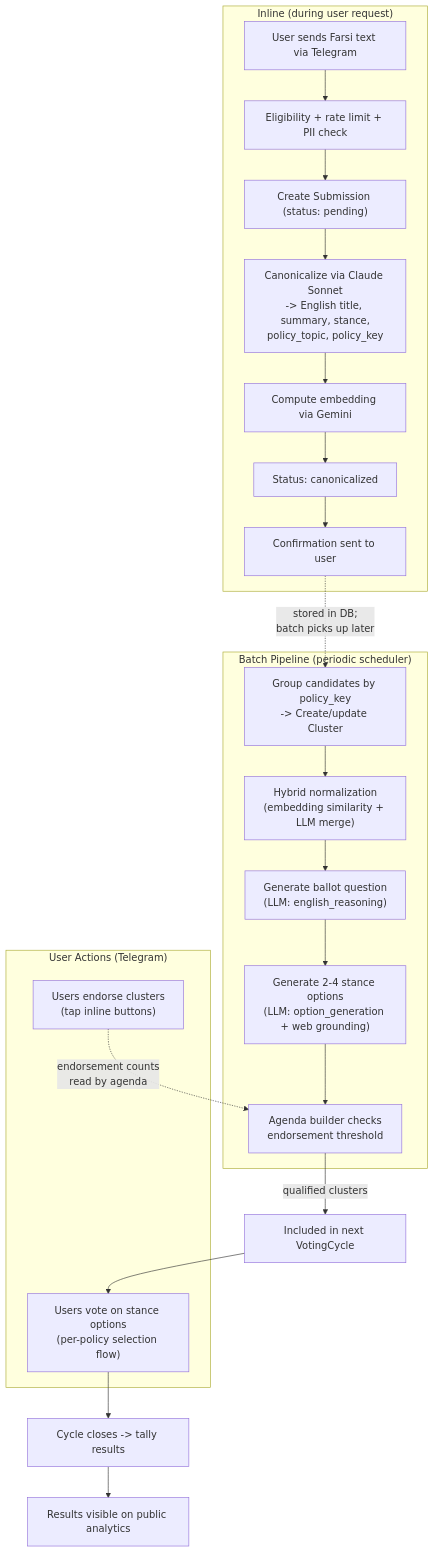
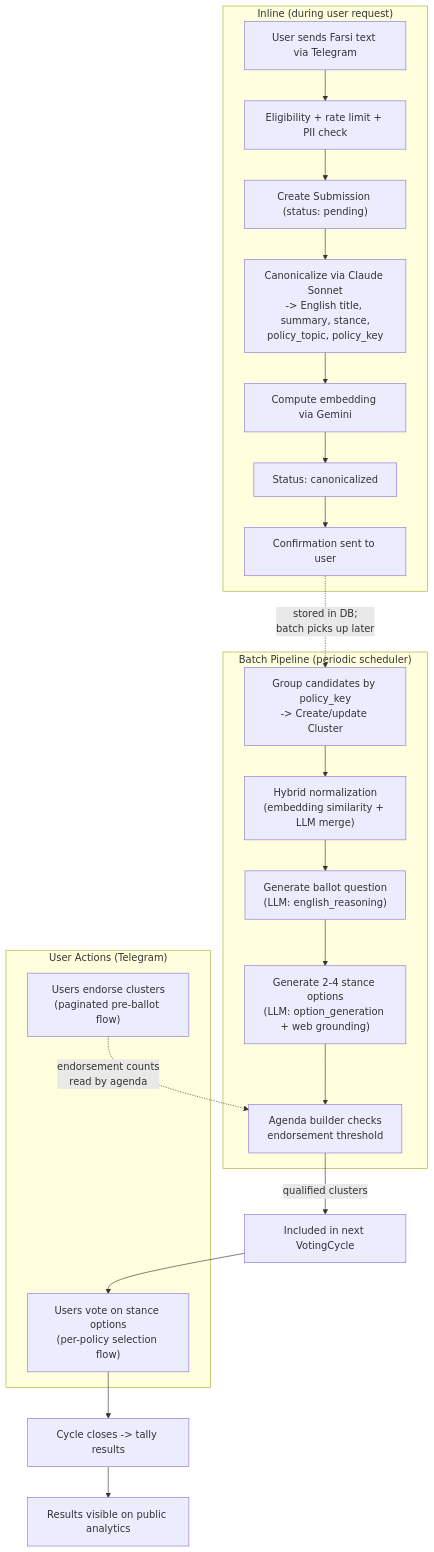
One commit to civil-whisper/collective-will changed the tenth of 11 diagrams in docs/architecture-flow.md. Above: the diagram before and after it, drawn with Mermaid. The commit also changed other lines of this file and 21 other files, not shown here.

First line of the commit message:
Wire Telegram endorsement flow, skip already-endorsed clusters

````diff
--- a/docs/architecture-flow.md
+++ b/docs/architecture-flow.md
@@ -645,34 +648,34 @@
 ```mermaid
 flowchart TD
     subgraph inline ["Inline (during user request)"]
         A["User sends Farsi text via Telegram"]
         B["Eligibility + rate limit + PII check"]
         C["Create Submission (status: pending)"]
         D["Canonicalize via Claude Sonnet\n-> English title, summary, stance,\npolicy_topic, policy_key"]
         E["Compute embedding via Gemini"]
         F["Status: canonicalized"]
         G["Confirmation sent to user"]
         A --> B --> C --> D --> E --> F --> G
     end
 
     subgraph batch ["Batch Pipeline (periodic scheduler)"]
         H["Group candidates by policy_key\n-> Create/update Cluster"]
         I["Hybrid normalization\n(embedding similarity + LLM merge)"]
         J["Generate ballot question\n(LLM: english_reasoning)"]
         K["Generate 2-4 stance options\n(LLM: option_generation + web grounding)"]
         L["Agenda builder checks\nendorsement threshold"]
         H --> I --> J --> K --> L
     end
 
     subgraph userActions ["User Actions (Telegram)"]
-        M["Users endorse clusters\n(tap inline buttons)"]
+        M["Users endorse clusters\n(paginated pre-ballot flow)"]
         R["Users vote on stance options\n(per-policy selection flow)"]
     end
 
     G -.->|"stored in DB;\nbatch picks up later"| H
     M -.->|"endorsement counts\nread by agenda"| L
     L -->|"qualified clusters"| N["Included in next VotingCycle"]
     N --> R
     R --> S["Cycle closes -> tally results"]
     S --> T["Results visible on public analytics"]
 ```
````
